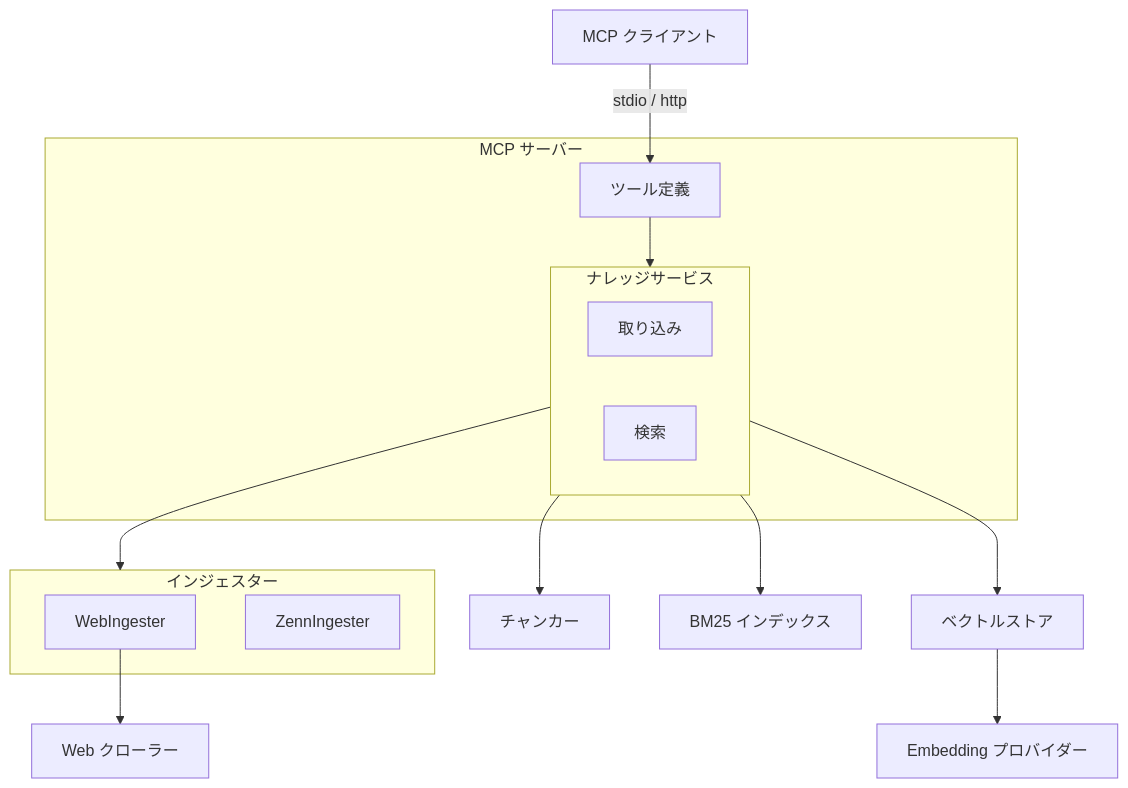
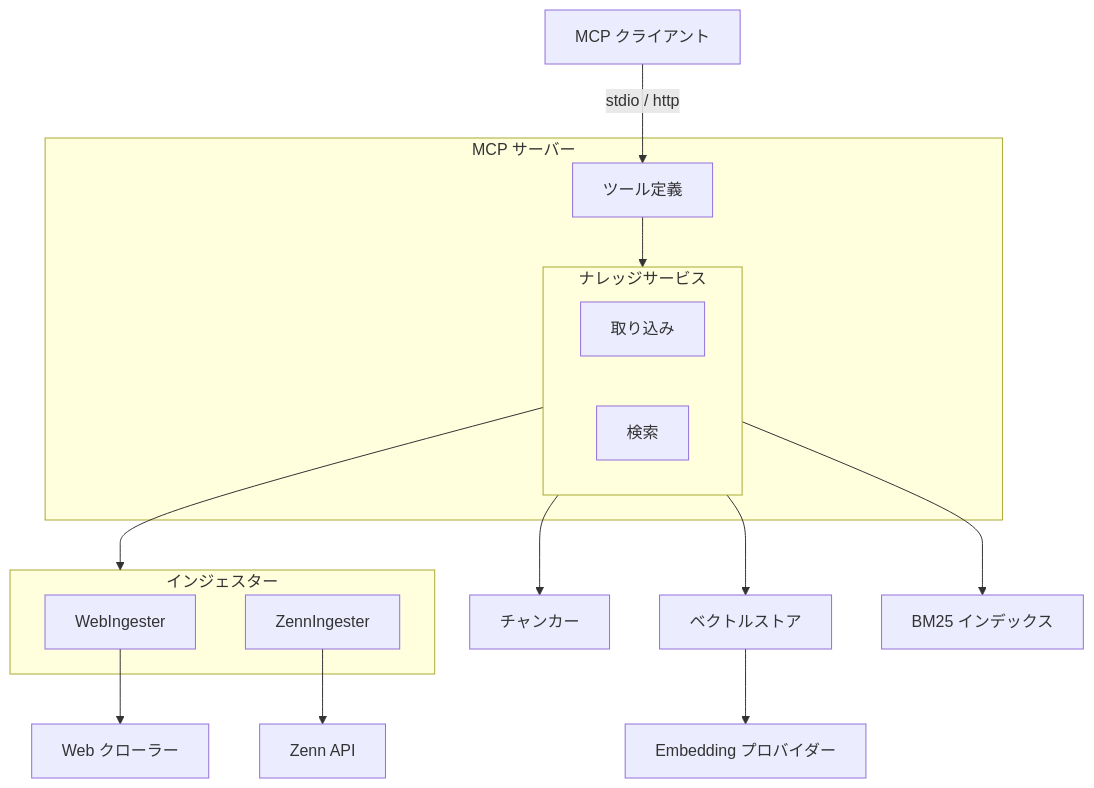
One commit to becky3/rag-knowledge changed the first of 4 diagrams in docs/specs/rag-knowledge.md. Above: the diagram before and after it, drawn with Mermaid. The commit also changed other lines of this file and 5 other files, not shown here.

Commit message:
fix(zenn-ingester): 安全性強化（記事数上限追加・MCP no_limit 除外・mermaid 修正） (#116)

````diff
--- a/docs/specs/rag-knowledge.md
+++ b/docs/specs/rag-knowledge.md
@@ -79,32 +79,34 @@
 ```mermaid
 flowchart TB
     CLIENT["MCP クライアント"]
 
     subgraph MCP["MCP サーバー"]
         TOOLS["ツール定義"]
         subgraph Service["ナレッジサービス"]
             INGEST["取り込み"]
             RETRIEVE["検索"]
         end
     end
 
     subgraph Ingesters["インジェスター"]
         WING["WebIngester"]
         ZING["ZennIngester"]
     end
 
     CRAWLER["Web クローラー"]
+    ZAPI["Zenn API"]
     CHUNKER["チャンカー"]
     VECTOR["ベクトルストア"]
     BM25["BM25 インデックス"]
     EMBED["Embedding プロバイダー"]
 
     CLIENT -->|stdio / http| TOOLS
     TOOLS --> Service
     Service --> Ingesters
     WING --> CRAWLER
+    ZING --> ZAPI
     Service --> CHUNKER
     Service --> VECTOR
     Service --> BM25
     VECTOR --> EMBED
 ```
````
